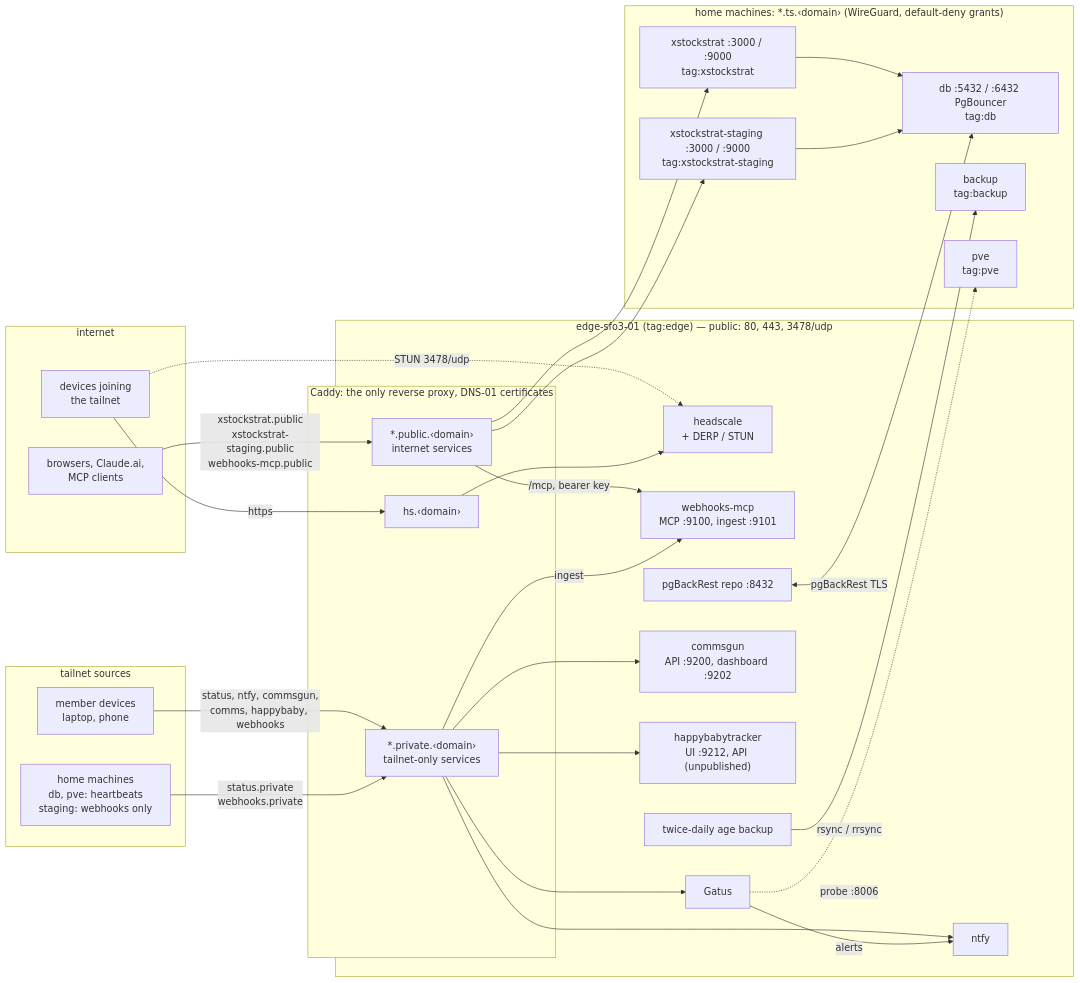
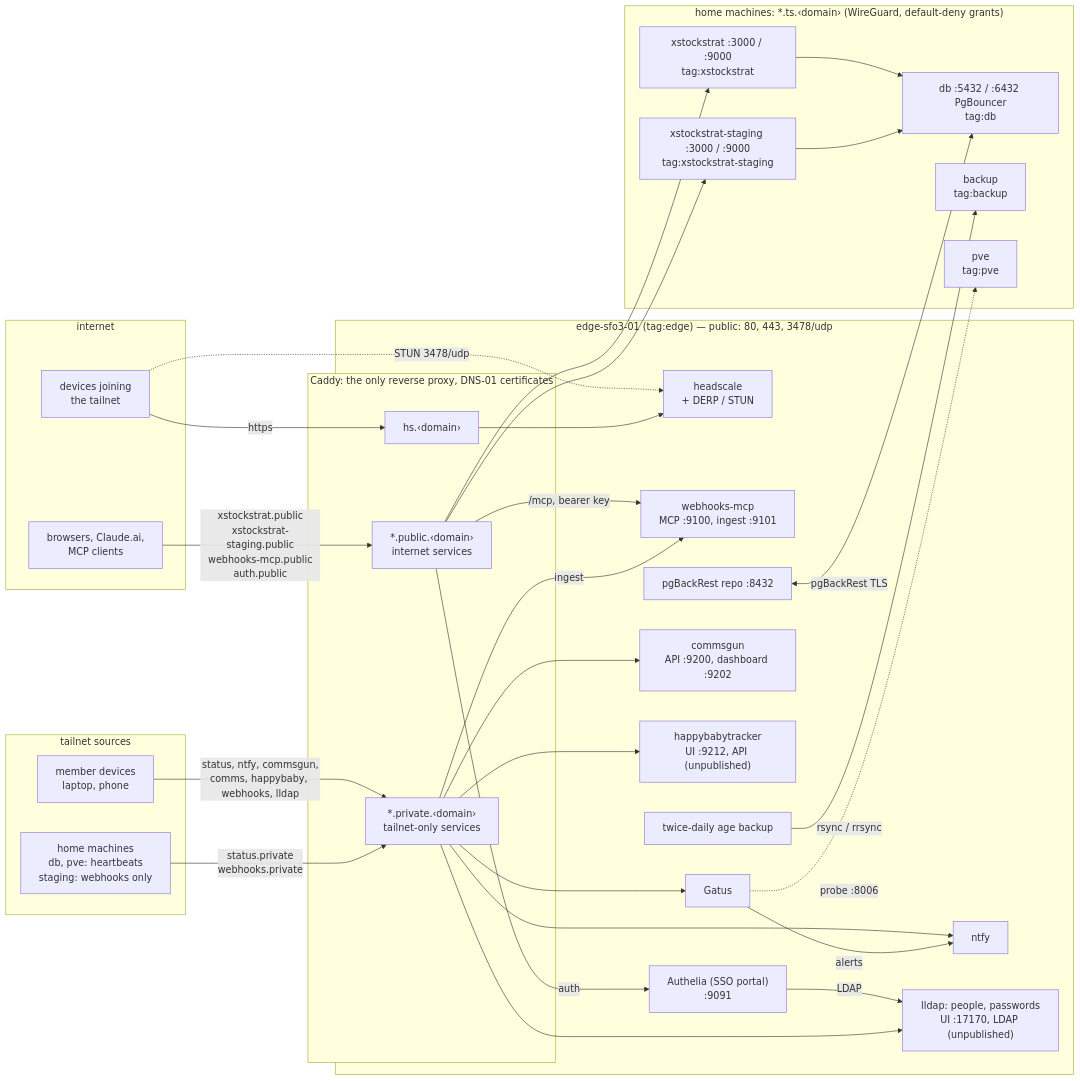
One commit to davcs86/homelab-edge changed the diagram in README.md. Above: the diagram before and after it, drawn with Mermaid. The commit also changed other lines of this file and 6 other files, not shown here.

````diff
--- a/README.md
+++ b/README.md
@@ -6,60 +6,65 @@
 ```mermaid
 flowchart LR
   subgraph internet["internet"]
     joining["devices joining<br/>the tailnet"]
     clients["browsers, Claude.ai,<br/>MCP clients"]
   end
 
   subgraph callers["tailnet sources"]
     members["member devices<br/>laptop, phone"]
     pushers["home machines<br/>db, pve: heartbeats<br/>staging: webhooks only"]
   end
 
   subgraph edge["edge-sfo3-01 (tag:edge) — public: 80, 443, 3478/udp"]
     subgraph caddy["Caddy: the only reverse proxy, DNS-01 certificates"]
       hs["hs.‹domain›"]
       pub["*.public.‹domain›<br/>internet services"]
       priv["*.private.‹domain›<br/>tailnet-only services"]
     end
     headscale["headscale<br/>+ DERP / STUN"]
     wmcp["webhooks-mcp<br/>MCP :9100, ingest :9101"]
     gatus["Gatus"]
     ntfy["ntfy"]
     commsgun["commsgun<br/>API :9200, dashboard :9202"]
     happybaby["happybabytracker<br/>UI :9212, API (unpublished)"]
+    authelia["Authelia (SSO portal)<br/>:9091"]
+    lldap["lldap: people, passwords<br/>UI :17170, LDAP (unpublished)"]
     repo["pgBackRest repo :8432"]
     backupjob["twice-daily age backup"]
   end
 
   subgraph home["home machines: *.ts.‹domain› (WireGuard, default-deny grants)"]
     app["xstockstrat :3000 / :9000<br/>tag:xstockstrat"]
     staging["xstockstrat-staging :3000 / :9000<br/>tag:xstockstrat-staging"]
     db["db :5432 / :6432 PgBouncer<br/>tag:db"]
     backuphost["backup<br/>tag:backup"]
     pve["pve<br/>tag:pve"]
   end
 
   joining -- "https" --> hs
   joining -. "STUN 3478/udp" .-> headscale
   hs --> headscale
 
-  clients -- "xstockstrat.public<br/>xstockstrat-staging.public<br/>webhooks-mcp.public" --> pub
+  clients -- "xstockstrat.public<br/>xstockstrat-staging.public<br/>webhooks-mcp.public<br/>auth.public" --> pub
   pub -- "/mcp, bearer key" --> wmcp
   pub --> app
   pub --> staging
+  pub -- "auth" --> authelia
+  authelia -- "LDAP" --> lldap
 
-  members -- "status, ntfy, commsgun,<br/>comms, happybaby, webhooks" --> priv
+  members -- "status, ntfy, commsgun,<br/>comms, happybaby, webhooks, lldap" --> priv
   pushers -- "status.private<br/>webhooks.private" --> priv
   priv -- "ingest" --> wmcp
   priv --> gatus
   priv --> ntfy
   priv --> commsgun
   priv --> happybaby
+  priv --> lldap
   gatus -- "alerts" --> ntfy
 
   app --> db
   staging --> db
   repo <-- "pgBackRest TLS" --> db
   backupjob -- "rsync / rrsync" --> backuphost
   gatus -. "probe :8006" .-> pve
 ```
````
